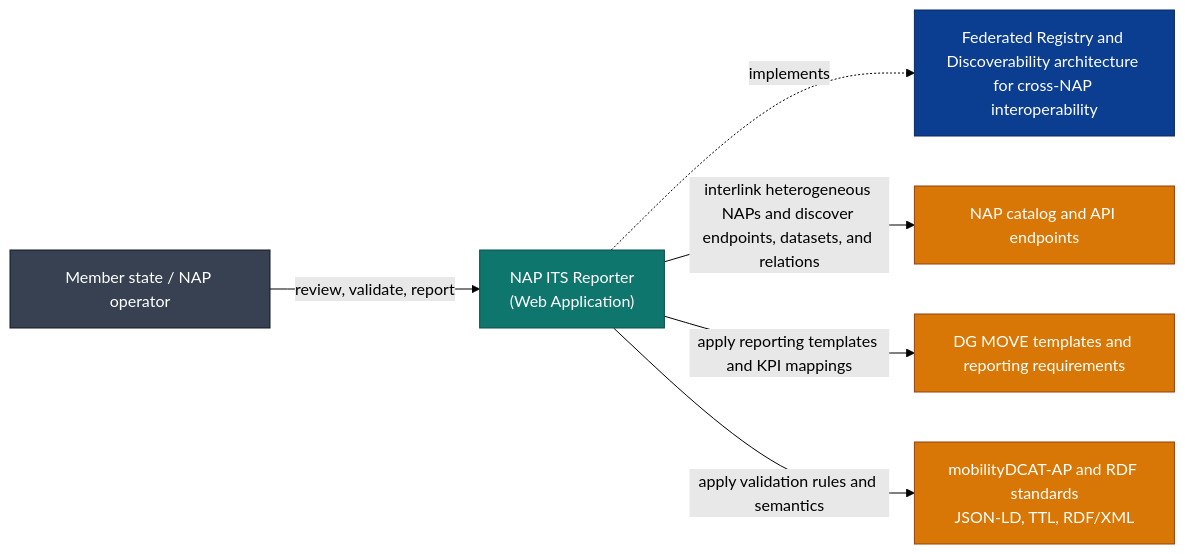
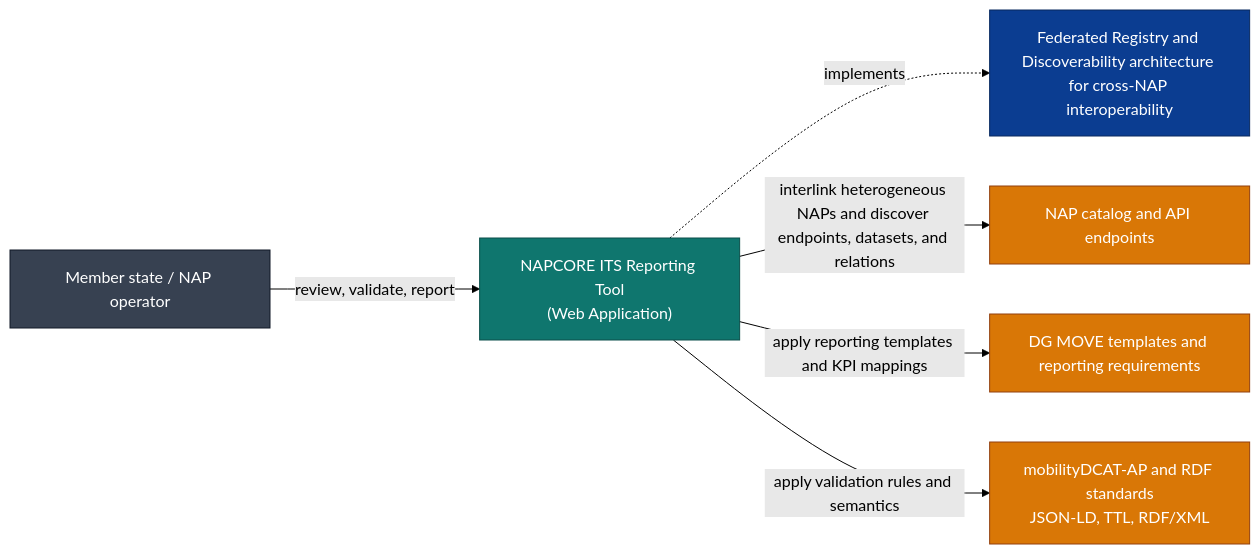
Before and after one commit to UM-KGPI/Napcore-ITS-Reporting: the diagram in README.md, drawn with Mermaid (forest theme). The commit also changed other lines of this file, not shown here.

Commit message:
Rename NAP ITS Reporter to NAPCORE ITS Reporting Tool

````diff
--- a/README.md
+++ b/README.md
@@ -25,22 +25,22 @@
 ```mermaid
 flowchart LR
 	classDef system fill:#0b3d91,stroke:#08295f,color:#fff
 	classDef app fill:#0f766e,stroke:#0a4f4a,color:#fff
 	classDef ext fill:#d97706,stroke:#92400e,color:#fff
 	classDef user fill:#374151,stroke:#111827,color:#fff
 
 	U[Member state / NAP operator]:::user
 
-	APP["NAP ITS Reporter\n(Web Application)"]:::app
+	APP["NAPCORE ITS Reporting Tool\n(Web Application)"]:::app
 	PATTERN["Federated Registry and Discoverability architecture for cross-NAP interoperability"]:::system
 
 	NAP[NAP catalog and API endpoints]:::ext
 	DGMOVE[DG MOVE templates and reporting requirements]:::ext
 	STD[mobilityDCAT-AP and RDF standards\nJSON-LD, TTL, RDF/XML]:::ext
 
 	U -->|review, validate, report| APP
 	APP -.implements.-> PATTERN
 	APP -->|interlink heterogeneous NAPs and discover endpoints, datasets, and relations| NAP
 	APP -->|apply reporting templates and KPI mappings| DGMOVE
 	APP -->|apply validation rules and semantics| STD
 ```
````
